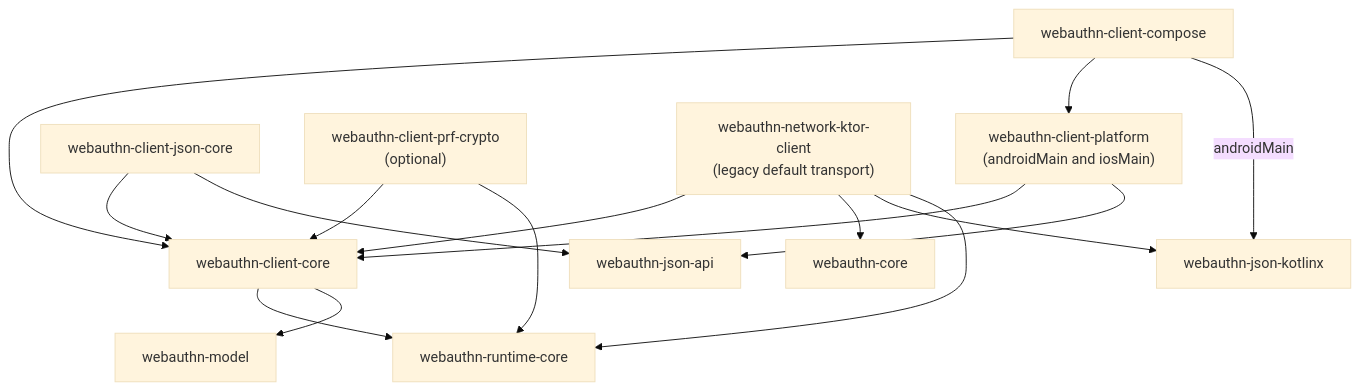
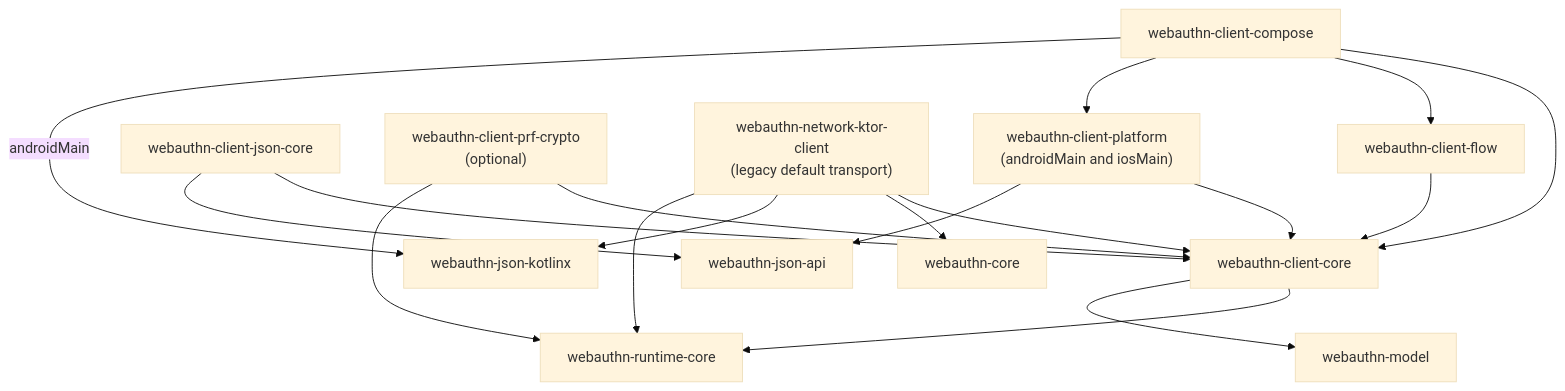
Before and after one commit to szijpeter/webauthn-kotlin-multiplatform: the third of 4 diagrams in docs/architecture.md, drawn with Mermaid (base theme). The commit also changed other lines of this file and 34 other files, not shown here.

Commit message:
feat(client): add generic passkey flow

````diff
--- a/docs/architecture.md
+++ b/docs/architecture.md
@@ -90,35 +91,39 @@
 ```mermaid
 flowchart TB
     COMPOSE["webauthn-client-compose"]
     PLATFORM["webauthn-client-platform<br/>(androidMain and iosMain)"]
     JSON["webauthn-client-json-core"]
     PRF["webauthn-client-prf-crypto<br/>(optional)"]
     NETWORK["webauthn-network-ktor-client<br/>(legacy default transport)"]
+    FLOW["webauthn-client-flow"]
     CLIENT_CORE["webauthn-client-core"]
     JSON_API["webauthn-json-api"]
     JSON_KOTLINX["webauthn-json-kotlinx"]
     CORE["webauthn-core"]
     RUNTIME["webauthn-runtime-core"]
     MODEL["webauthn-model"]
 
     COMPOSE --> CLIENT_CORE
+    COMPOSE --> FLOW
     COMPOSE --> PLATFORM
     COMPOSE -->|androidMain| JSON_KOTLINX
 
     PLATFORM --> CLIENT_CORE
     PLATFORM --> JSON_API
 
     JSON --> CLIENT_CORE
     JSON --> JSON_API
 
     PRF --> CLIENT_CORE
     PRF --> RUNTIME
 
     NETWORK --> CLIENT_CORE
     NETWORK --> CORE
     NETWORK --> JSON_KOTLINX
     NETWORK --> RUNTIME
 
+    FLOW --> CLIENT_CORE
+
     CLIENT_CORE --> RUNTIME
     CLIENT_CORE --> MODEL
 ```
````
